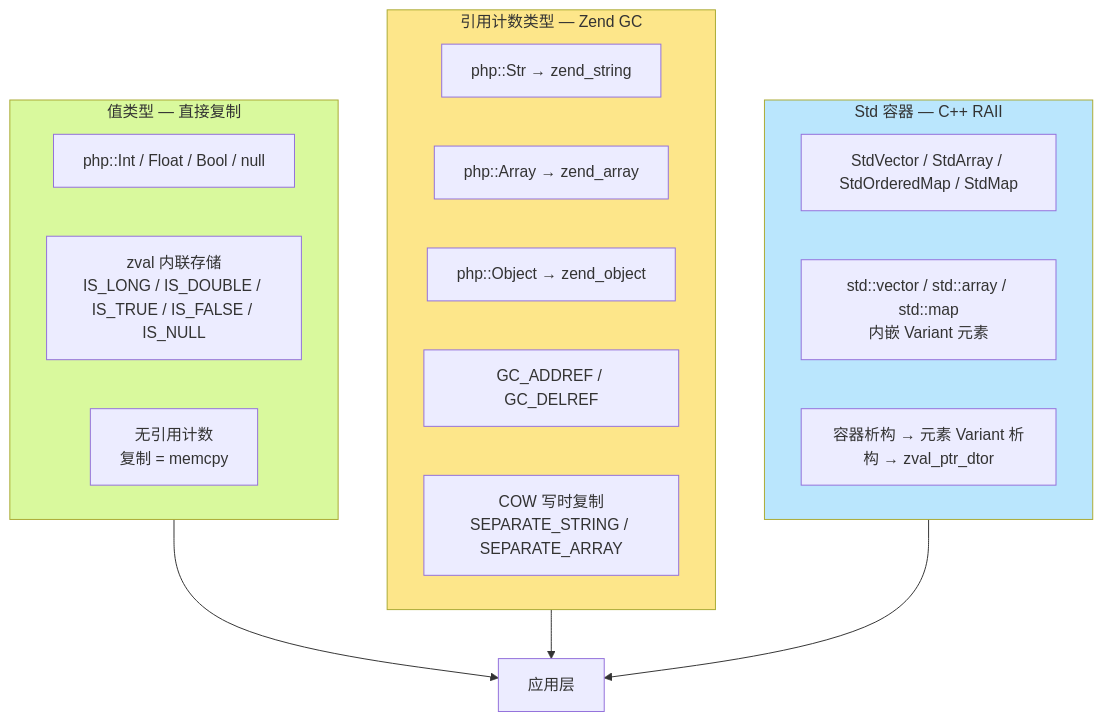
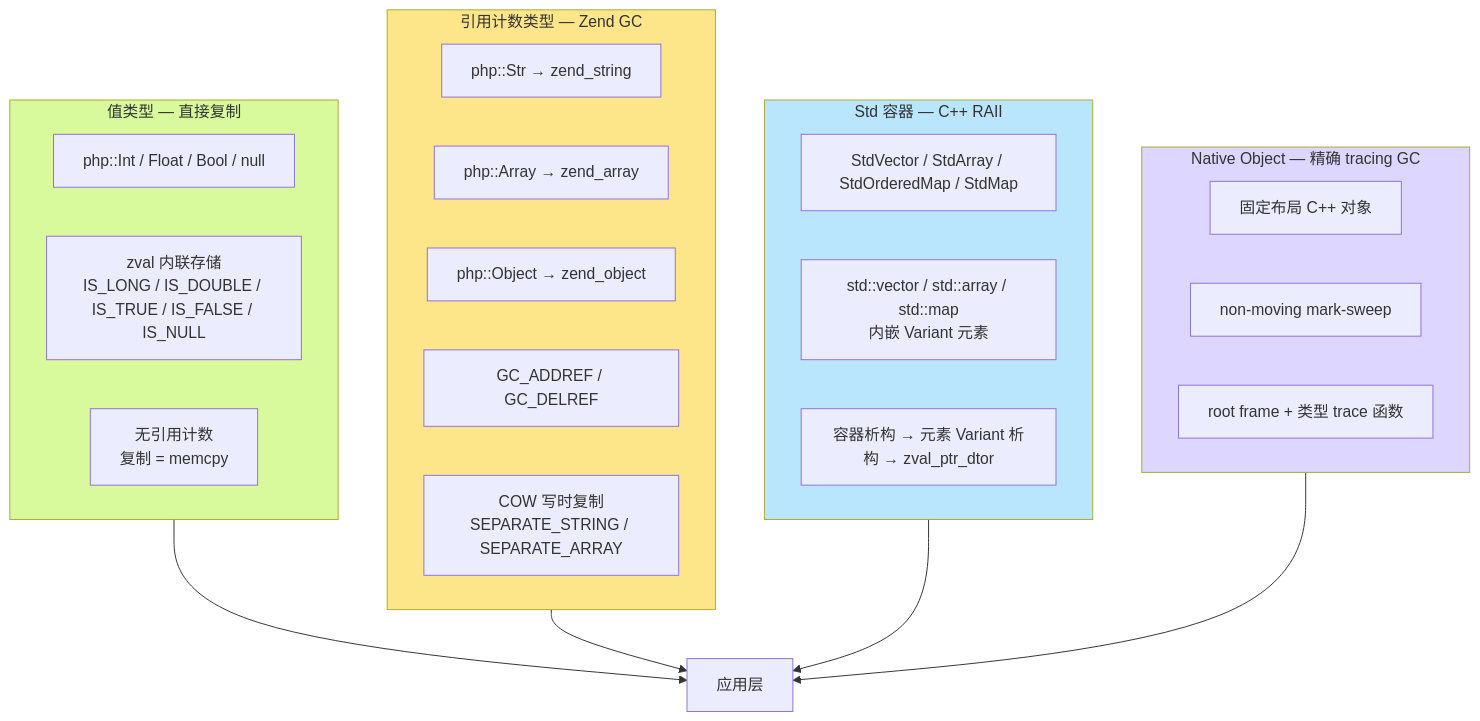
One commit to swoole/typephp-docs changed the first of 4 diagrams in gc.md. Above: the diagram before and after it, drawn with Mermaid. The commit also changed other lines of this file and 6 other files, not shown here.

````diff
--- a/gc.md
+++ b/gc.md
@@ -7,30 +7,38 @@
 ```mermaid
 graph TD
     subgraph VALUE["值类型 — 直接复制"]
         V1["php::Int / Float / Bool / null"]
         V2["zval 内联存储<br/>IS_LONG / IS_DOUBLE / IS_TRUE / IS_FALSE / IS_NULL"]
         V3["无引用计数<br/>复制 = memcpy"]
     end
 
     subgraph REFCOUNTED["引用计数类型 — Zend GC"]
         R1["php::Str → zend_string"]
         R2["php::Array → zend_array"]
         R3["php::Object → zend_object"]
         R4["GC_ADDREF / GC_DELREF"]
         R5["COW 写时复制<br/>SEPARATE_STRING / SEPARATE_ARRAY"]
     end
 
     subgraph STD["Std 容器 — C++ RAII"]
         S1["StdVector / StdArray / StdOrderedMap / StdMap"]
         S2["std::vector / std::array / std::map<br/>内嵌 Variant 元素"]
         S3["容器析构 → 元素 Variant 析构 → zval_ptr_dtor"]
     end
 
+    subgraph NATIVE["Native Object — 精确 tracing GC"]
+        N1["固定布局 C++ 对象"]
+        N2["non-moving mark-sweep"]
+        N3["root frame + 类型 trace 函数"]
+    end
+
     VALUE --> APP["应用层"]
     REFCOUNTED --> APP
     STD --> APP
+    NATIVE --> APP
 
     style VALUE fill:#d9f99d
     style REFCOUNTED fill:#fde68a
     style STD fill:#bae6fd
+    style NATIVE fill:#ddd6fe
 ```
````
